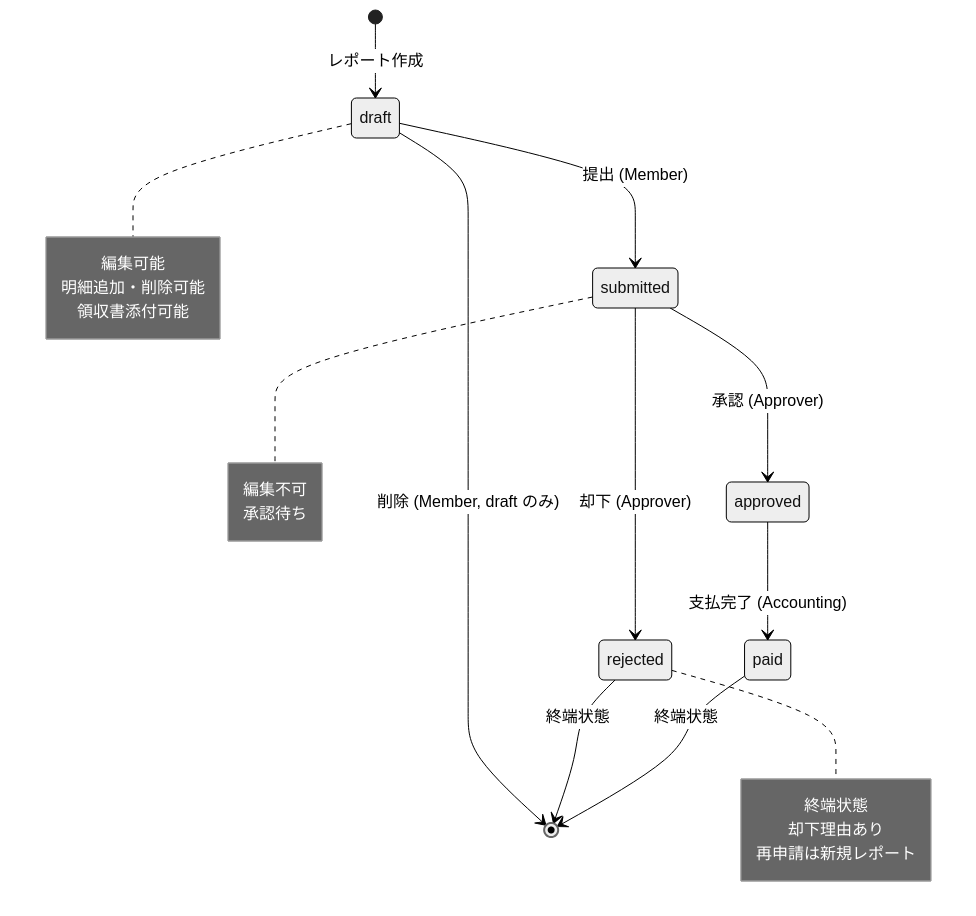
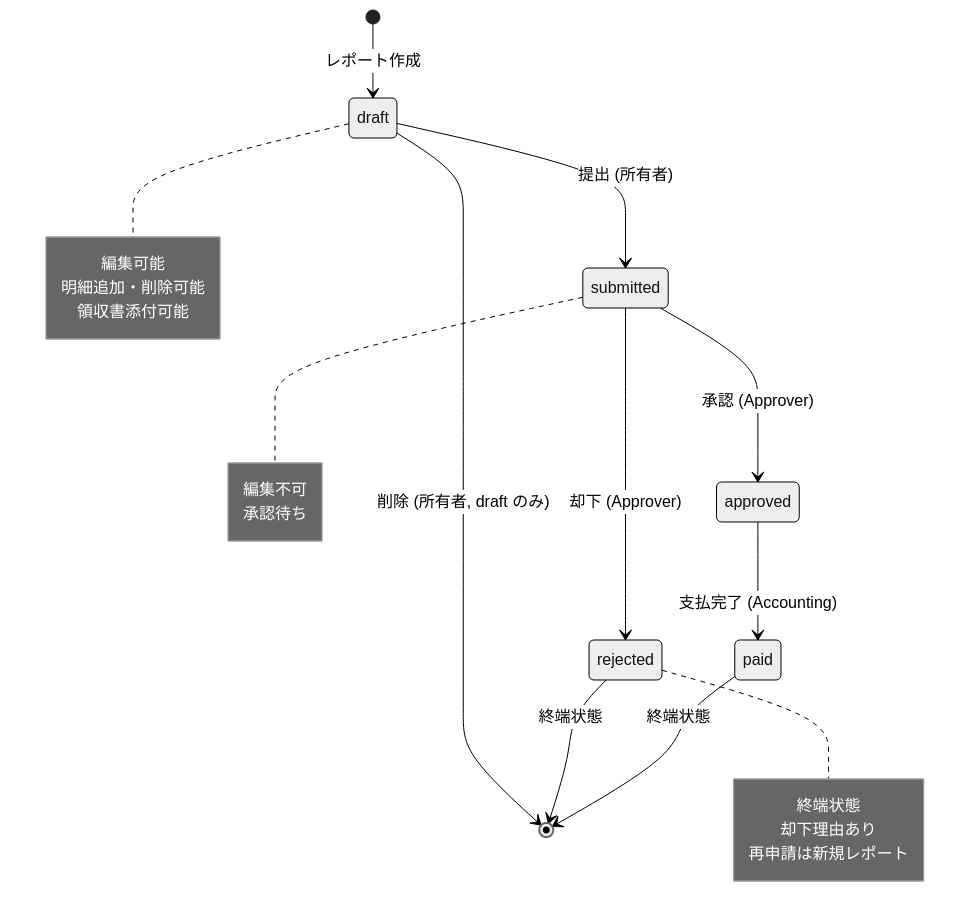
One commit to atsuro128/root-project changed the seventh of 7 diagrams in deliverables/docs/10_requirements/preliminary/03_business-flow.md. Above: the diagram before and after it, drawn with Mermaid (neutral theme). The commit also changed other lines of this file and 7 other files, not shown here.

````diff
--- a/deliverables/docs/10_requirements/preliminary/03_business-flow.md
+++ b/deliverables/docs/10_requirements/preliminary/03_business-flow.md
@@ -254,33 +256,33 @@
 ```mermaid
 stateDiagram-v2
     [*] --> draft: レポート作成
 
-    draft --> submitted: 提出 (Member)
-    draft --> [*]: 削除 (Member, draft のみ)
+    draft --> submitted: 提出 (所有者)
+    draft --> [*]: 削除 (所有者, draft のみ)
 
     submitted --> approved: 承認 (Approver)
     submitted --> rejected: 却下 (Approver)
 
     approved --> paid: 支払完了 (Accounting)
 
     rejected --> [*]: 終端状態
 
     paid --> [*]: 終端状態
 
     note right of draft
         編集可能
         明細追加・削除可能
         領収書添付可能
     end note
 
     note right of submitted
         編集不可
         承認待ち
     end note
 
     note right of rejected
         終端状態
         却下理由あり
         再申請は新規レポート
     end note
 ```
````
